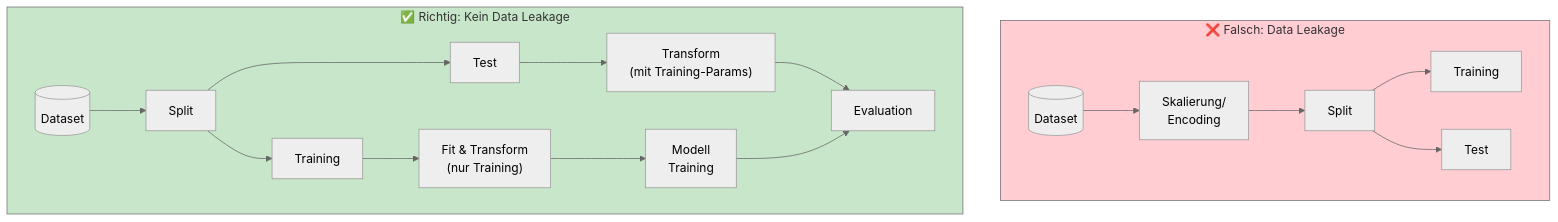
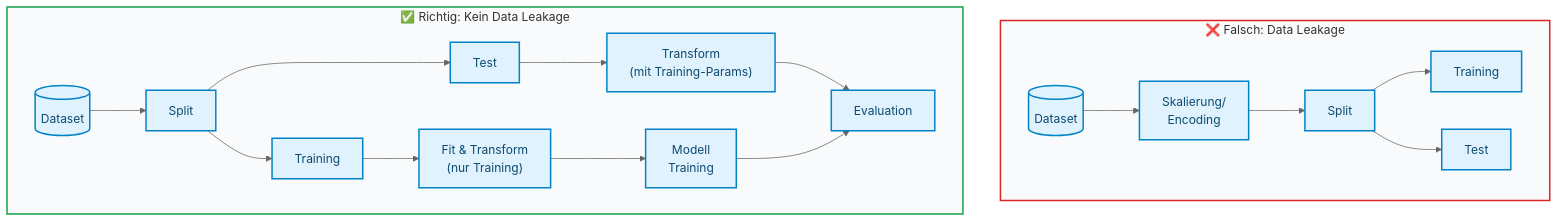
Before and after one commit to ralf-42/ML_Intro: the third of 4 diagrams in docs/concepts/prepare/train_test_split.md, drawn with Mermaid (neutral theme). The commit also changed other lines of this file and 67 other files, not shown here.

````diff
--- a/docs/concepts/prepare/train_test_split.md
+++ b/docs/concepts/prepare/train_test_split.md
@@ -214,23 +219,24 @@
 ```mermaid
 flowchart TB
     subgraph wrong["❌ Falsch: Data Leakage"]
         D1[("Dataset")] --> S1["Skalierung/<br/>Encoding"]
         S1 --> SP1["Split"]
         SP1 --> TR1["Training"]
         SP1 --> TE1["Test"]
     end
     
     subgraph correct["✅ Richtig: Kein Data Leakage"]
         D2[("Dataset")] --> SP2["Split"]
         SP2 --> TR2["Training"]
         SP2 --> TE2["Test"]
         TR2 --> S2["Fit & Transform<br/>(nur Training)"]
         S2 --> M["Modell<br/>Training"]
         TE2 --> S3["Transform<br/>(mit Training-Params)"]
         S3 --> E["Evaluation"]
         M --> E
     end
-    
-    style wrong fill:#ffcdd2
-    style correct fill:#c8e6c9
+
+    classDef default fill:#e0f2fe,stroke:#0284c7,stroke-width:2px,color:#0c4a6e;
+    style wrong fill:#f8fafc,stroke:#dc2626,stroke-width:2px
+    style correct fill:#f8fafc,stroke:#16a34a,stroke-width:2px
 ```
````
